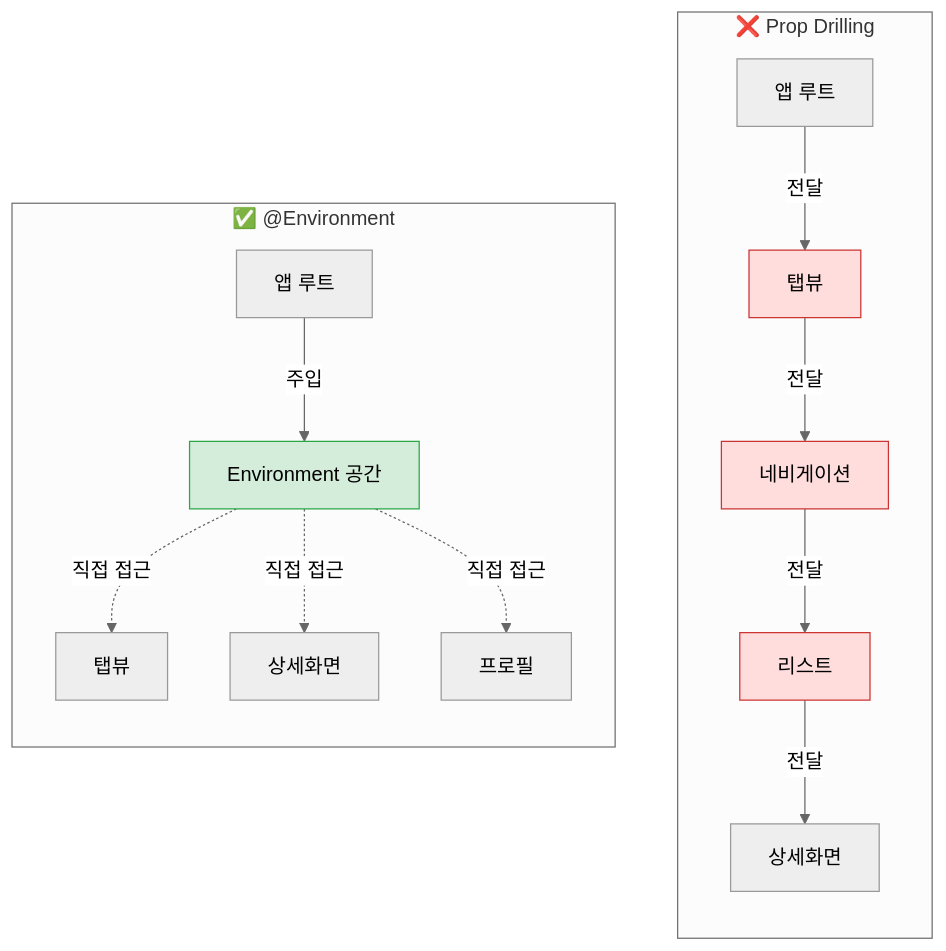
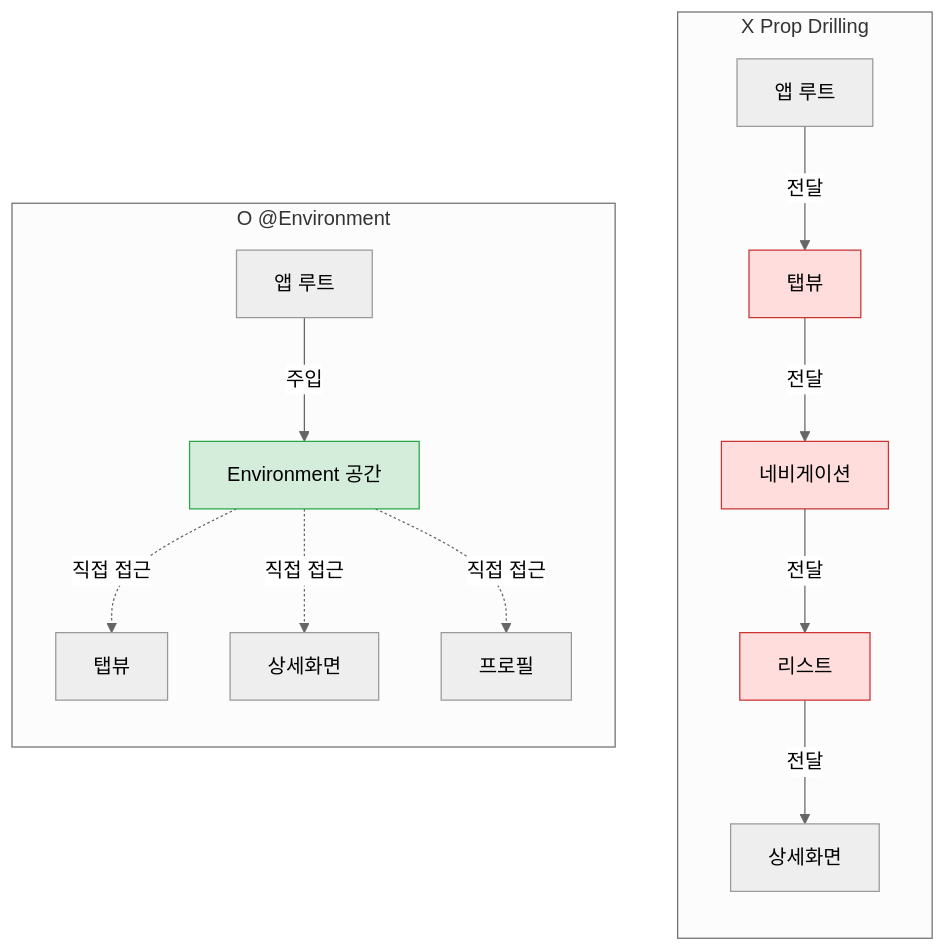
One commit to jsonpassion/forge-tutorial-swift changed the first of 4 diagrams in 05-state-management/03-environment.md. Above: the diagram before and after it, drawn with Mermaid (neutral theme). The commit also changed other lines of this file and 69 other files, not shown here.

````diff
--- a/05-state-management/03-environment.md
+++ b/05-state-management/03-environment.md
@@ -27,21 +27,21 @@
 ```mermaid
 flowchart TD
-    subgraph Prop_Drilling["❌ Prop Drilling"]
+    subgraph Prop_Drilling["X Prop Drilling"]
         direction TD
         A1["앱 루트"] -->|"전달"| B1["탭뷰"]
         B1 -->|"전달"| C1["네비게이션"]
         C1 -->|"전달"| D1["리스트"]
         D1 -->|"전달"| E1["상세화면"]
         style B1 fill:#fdd,stroke:#c33
         style C1 fill:#fdd,stroke:#c33
         style D1 fill:#fdd,stroke:#c33
     end
-    subgraph Environment["✅ @Environment"]
+    subgraph Environment["O @Environment"]
         direction TD
         A2["앱 루트"] -->|"주입"| ENV["Environment 공간"]
         ENV -.->|"직접 접근"| B2["탭뷰"]
         ENV -.->|"직접 접근"| E2["상세화면"]
         ENV -.->|"직접 접근"| F2["프로필"]
         style ENV fill:#d4edda,stroke:#28a745
     end
 ```
````
